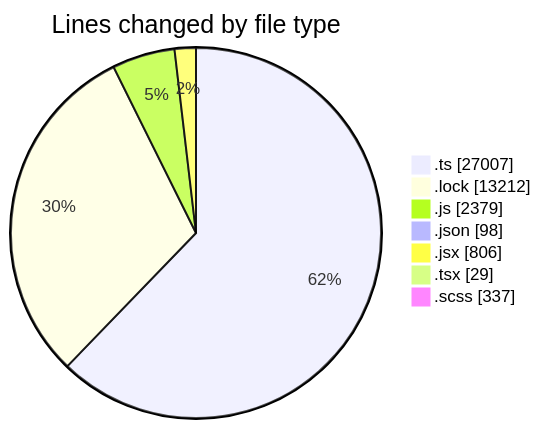
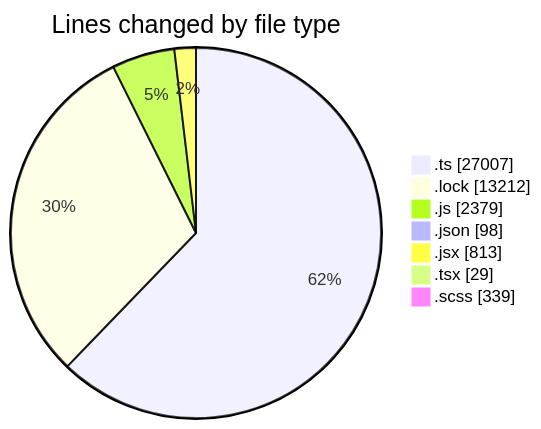
Before and after one commit to momahboobian/code-tracking: the first of 2 diagrams in 2025-05-16/cda/README.md, drawn with Mermaid. The commit also changed other lines of this file and 1 other file, not shown here.

````diff
--- a/2025-05-16/cda/README.md
+++ b/2025-05-16/cda/README.md
@@ -44,11 +44,11 @@
 ```mermaid
 pie showData
 title Lines changed by file type
 ".ts" : 27007
 ".lock" : 13212
 ".js" : 2379
 ".json" : 98
-".jsx" : 806
+".jsx" : 813
 ".tsx" : 29
-".scss" : 337
+".scss" : 339
 ```
````
